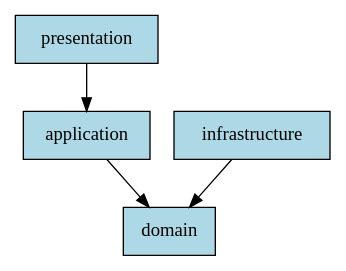
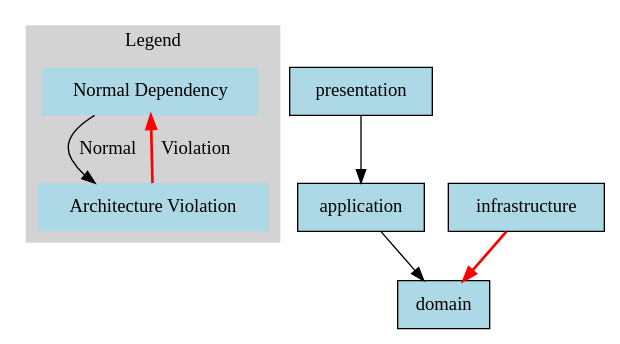
One commit to solrac97gr/goarchtest changed the diagram in examples/generate_graph/dependency_graph.dot. Above: the diagram before and after it, drawn with Graphviz. The commit also changed 6 other files, not shown here.

Commit message:
docs: update README and examples to clarify architectural violations in dependency graphs

```diff
--- a/examples/generate_graph/dependency_graph.dot
+++ b/examples/generate_graph/dependency_graph.dot
@@ -1,11 +1,21 @@
 digraph ArchitectureDependencies {
   rankdir=TB;
   node [shape=box, style=filled, fillcolor=lightblue];
+  subgraph cluster_legend {
+    label="Legend";
+    style=filled;
+    color=lightgrey;
+    node [style=filled, shape=box];
+    normal_edge [label="Normal Dependency", shape=plaintext];
+    violation_edge [label="Architecture Violation", shape=plaintext];
+    normal_edge -> violation_edge [color=black, label="Normal"];
+    violation_edge -> normal_edge [color=red, penwidth=2.0, label="Violation"];
+  }
   node0 [label="domain"];
   node1 [label="application"];
   node2 [label="infrastructure"];
   node3 [label="presentation"];
   node1 -> node0;
-  node2 -> node0;
+  node2 -> node0 [color=red, penwidth=2.0];
   node3 -> node1;
 }
```
